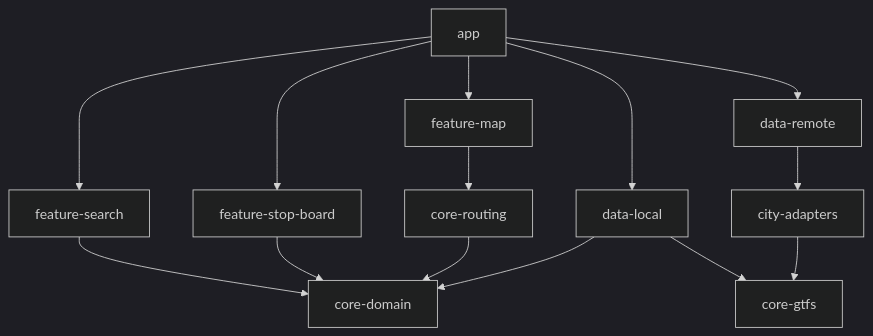
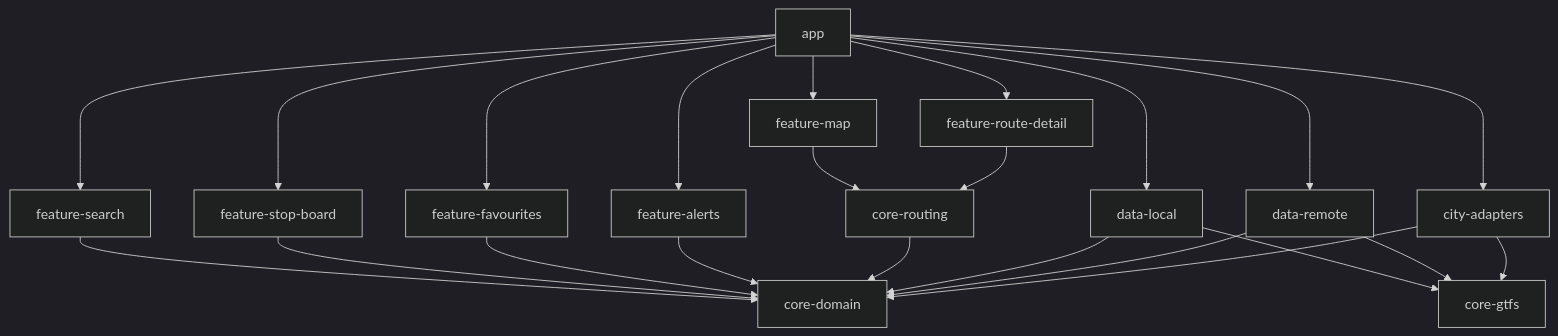
The second of 6 diagrams in docs/MERMAID_DIAGRAMS.md (Fuuduuu/ANDROBUSS), drawn with Mermaid (dark theme) before and after one commit. The commit also changed other lines of this file and 7 other files, not shown here.

Commit message:
docs: fix architecture review blockers

````diff
--- a/docs/MERMAID_DIAGRAMS.md
+++ b/docs/MERMAID_DIAGRAMS.md
@@ -19,16 +26,30 @@
 ```mermaid
 graph TD
     app --> feature_map[feature-map]
     app --> feature_search[feature-search]
     app --> feature_stop_board[feature-stop-board]
+    app --> feature_route_detail[feature-route-detail]
+    app --> feature_favourites[feature-favourites]
+    app --> feature_alerts[feature-alerts]
+    app --> data_local[data-local]
+    app --> data_remote[data-remote]
+    app --> city_adapters[city-adapters]
+
     feature_map --> core_routing[core-routing]
     feature_search --> core_domain[core-domain]
     feature_stop_board --> core_domain
+    feature_route_detail --> core_routing
+    feature_favourites --> core_domain
+    feature_alerts --> core_domain
+
     core_routing --> core_domain
-    data_local[data-local] --> core_gtfs[core-gtfs]
+
+    data_local --> core_gtfs[core-gtfs]
     data_local --> core_domain
-    data_remote[data-remote] --> city_adapters[city-adapters]
+
+    data_remote --> core_gtfs
+    data_remote --> core_domain
+
     city_adapters --> core_gtfs
-    app --> data_local
-    app --> data_remote
+    city_adapters --> core_domain
 ```
````
